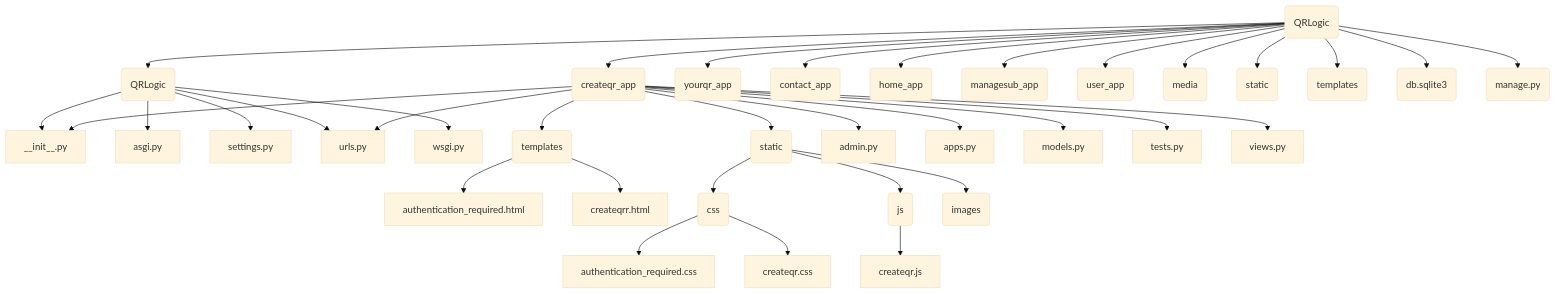
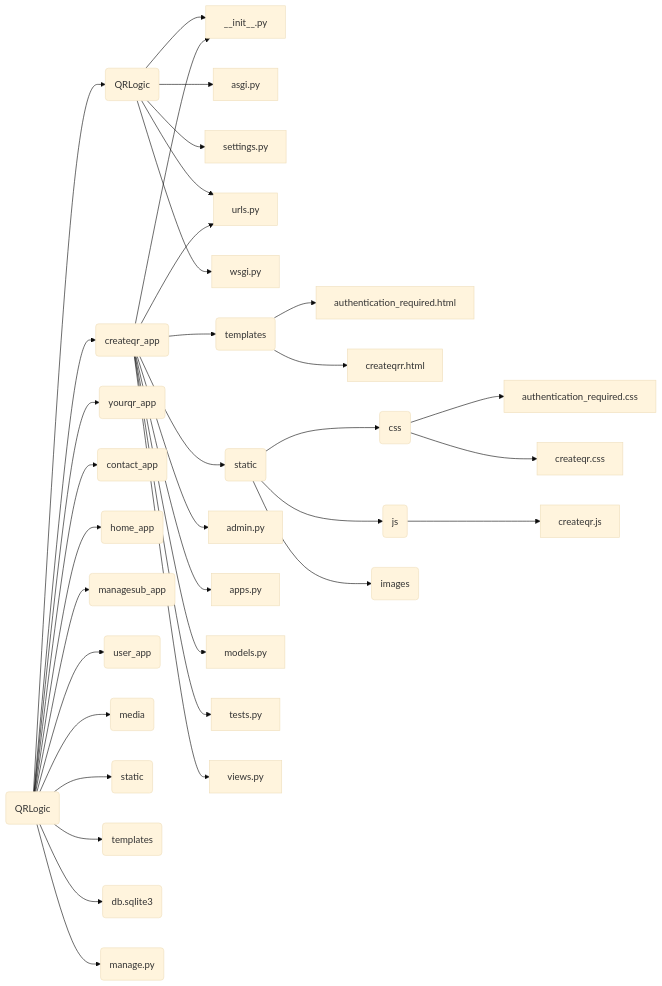
The diagram in README.md (DmitriyPechenyuk0/QRLogic), drawn with Mermaid (base theme) before and after one commit.

````diff
--- a/README.md
+++ b/README.md
@@ -21,42 +21,42 @@
 ```mermaid
-flowchart TB
+flowchart LR
 
 A(QRLogic) --> Q(QRLogic)
 Q(QRLogic) --> __init__.py
 Q(QRLogic) --> asgi.py
 Q(QRLogic) --> settings.py
 Q(QRLogic) --> urls.py
 Q(QRLogic) --> wsgi.py
 A(QRLogic) --> C(createqr_app) 
 C(createqr_app) --> CS(static)
 C(createqr_app) --> CT(templates)
 C(createqr_app) --> __init__.py
 C(createqr_app) --> admin.py
 C(createqr_app) --> apps.py
 C(createqr_app) --> models.py
 C(createqr_app) --> tests.py
 C(createqr_app) --> urls.py
 C(createqr_app) --> views.py
 
 CT(templates) --> authentication_required.html
 CT(templates) --> createqrr.html
 CS(static)  --> CSS(css)
 CS(static)  --> CSJ(js)
 CS(static)  --> CSI(images)
 CSS(css) --> authentication_required.css
 CSS(css) --> createqr.css
 CSJ(js) --> createqr.js
 
 A(QRLogic) --> Y(yourqr_app)
 A(QRLogic) --> O(contact_app)
 A(QRLogic) --> H(home_app)
 A(QRLogic) --> M(managesub_app)
 A(QRLogic) --> U(user_app)
 A(QRLogic) --> E(media)
 A(QRLogic) --> S(static)
 A(QRLogic) --> T(templates)
 A(QRLogic) --> B(db.sqlite3)
 A(QRLogic) --> G(manage.py)
 
 
 ```
````
